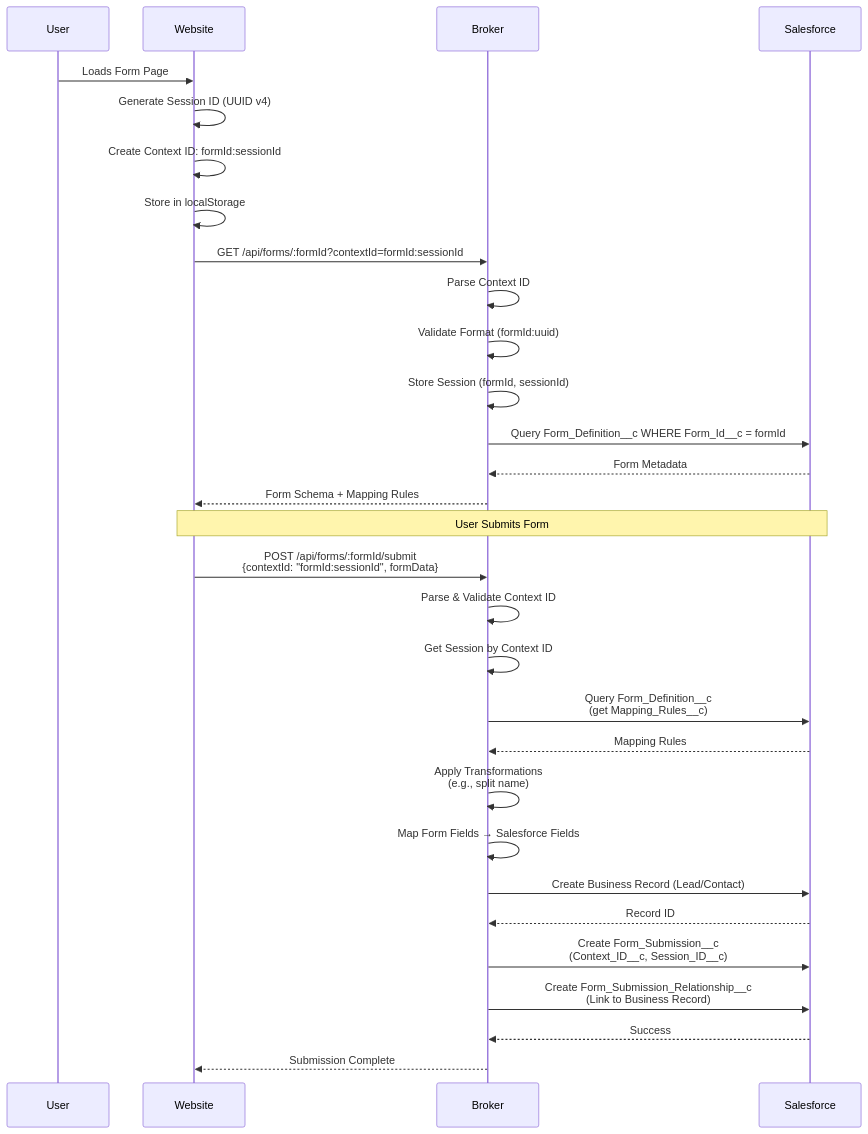
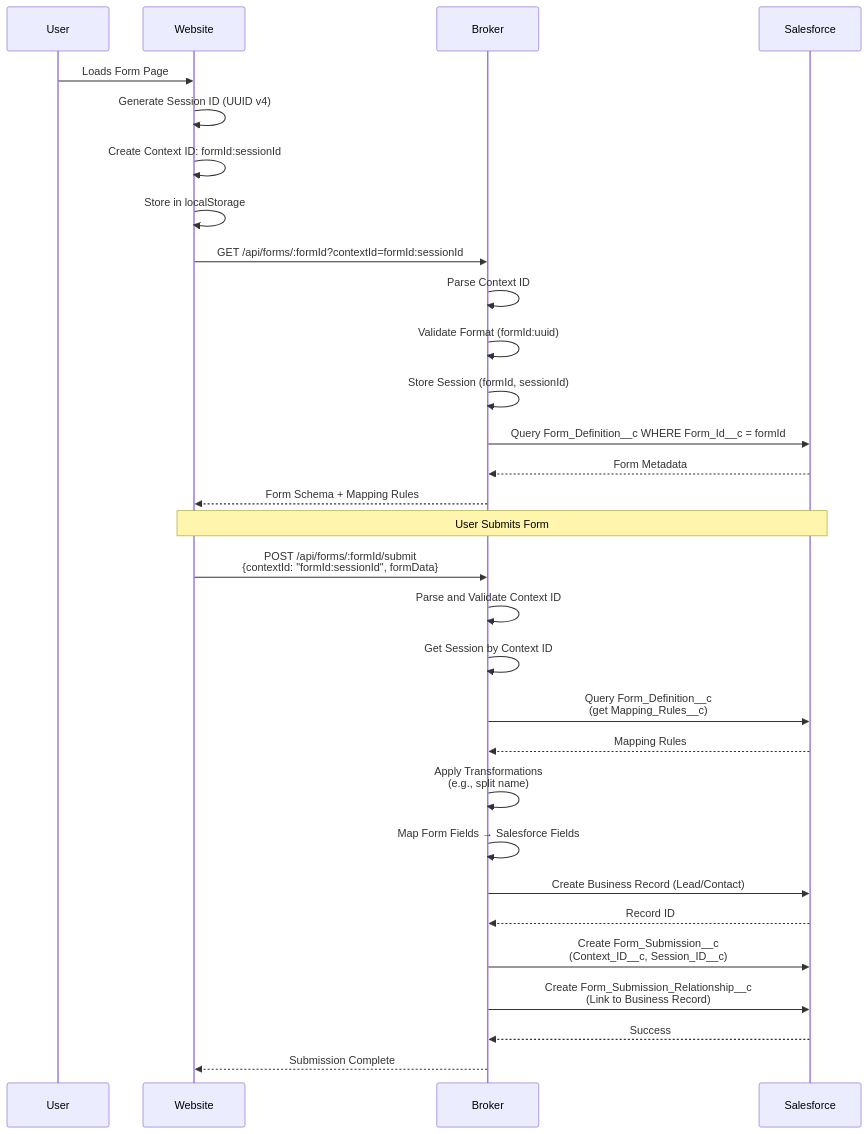
Before and after one commit to DavidVickers/context-broker: the sixth of 30 diagrams in docs/ARCHITECTURE_COMPLETE.md, drawn with Mermaid. The commit also changed other lines of this file, not shown here.

First line of the commit message:
Fix Mermaid syntax: Replace & with 'and' in node labels

````diff
--- a/docs/ARCHITECTURE_COMPLETE.md
+++ b/docs/ARCHITECTURE_COMPLETE.md
@@ -300,36 +300,36 @@
 ```mermaid
 sequenceDiagram
     participant User
     participant Website
     participant Broker
     participant Salesforce
 
     User->>Website: Loads Form Page
     Website->>Website: Generate Session ID (UUID v4)
     Website->>Website: Create Context ID: formId:sessionId
     Website->>Website: Store in localStorage
 
     Website->>Broker: GET /api/forms/:formId?contextId=formId:sessionId
     Broker->>Broker: Parse Context ID
     Broker->>Broker: Validate Format (formId:uuid)
     Broker->>Broker: Store Session (formId, sessionId)
     
     Broker->>Salesforce: Query Form_Definition__c WHERE Form_Id__c = formId
     Salesforce-->>Broker: Form Metadata
     Broker-->>Website: Form Schema + Mapping Rules
 
     Note over Website, Salesforce: User Submits Form
     Website->>Broker: POST /api/forms/:formId/submit<br/>{contextId: "formId:sessionId", formData}
-    Broker->>Broker: Parse & Validate Context ID
+    Broker->>Broker: Parse and Validate Context ID
     Broker->>Broker: Get Session by Context ID
     Broker->>Salesforce: Query Form_Definition__c<br/>(get Mapping_Rules__c)
     Salesforce-->>Broker: Mapping Rules
     Broker->>Broker: Apply Transformations<br/>(e.g., split name)
     Broker->>Broker: Map Form Fields → Salesforce Fields
     Broker->>Salesforce: Create Business Record (Lead/Contact)
     Salesforce-->>Broker: Record ID
     Broker->>Salesforce: Create Form_Submission__c<br/>(Context_ID__c, Session_ID__c)
     Broker->>Salesforce: Create Form_Submission_Relationship__c<br/>(Link to Business Record)
     Salesforce-->>Broker: Success
     Broker-->>Website: Submission Complete
 ```
````
